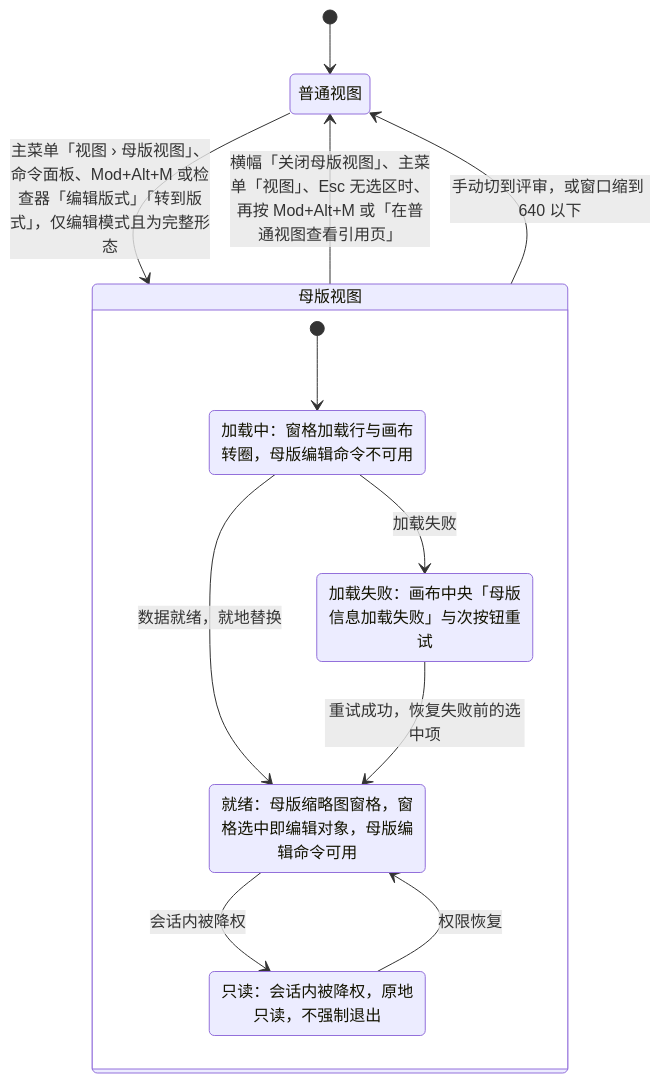
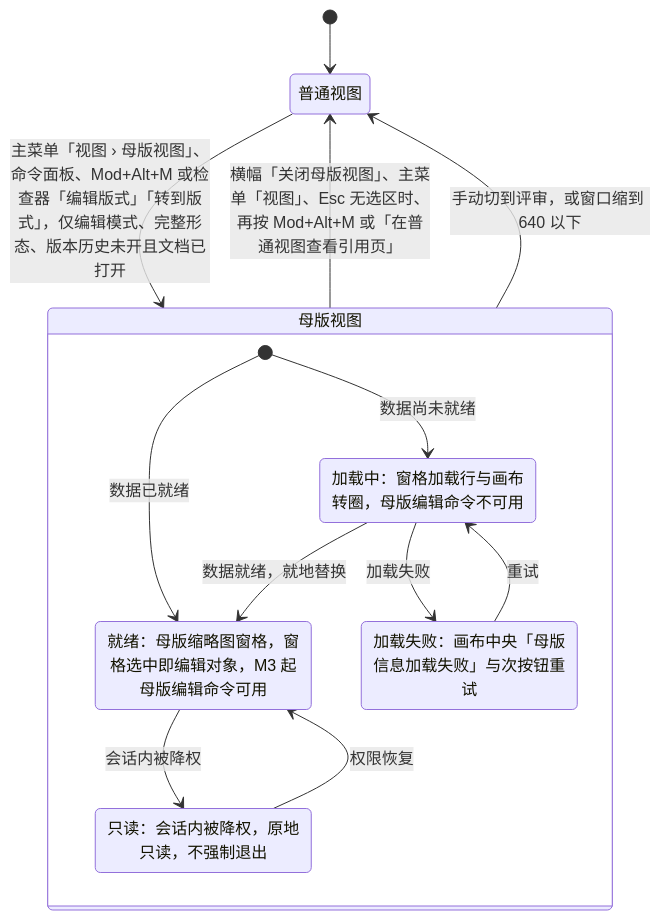
One commit to Xeonice/cordis-ppt-editor changed the second of 4 diagrams in docs/10-prd/03-features/07-masters-layouts-and-themes.md. Above: the diagram before and after it, drawn with Mermaid. The commit also changed other lines of this file and 19 other files, not shown here.

````diff
--- a/docs/10-prd/03-features/07-masters-layouts-and-themes.md
+++ b/docs/10-prd/03-features/07-masters-layouts-and-themes.md
@@ -99,20 +83,21 @@
 ```mermaid
 stateDiagram-v2
   state "普通视图" as normal
   state "母版视图" as masterview {
     state "加载中：窗格加载行与画布转圈，母版编辑命令不可用" as loading
-    state "就绪：母版缩略图窗格，窗格选中即编辑对象，母版编辑命令可用" as ready
+    state "就绪：母版缩略图窗格，窗格选中即编辑对象，M3 起母版编辑命令可用" as ready
     state "加载失败：画布中央「母版信息加载失败」与次按钮重试" as failed
     state "只读：会话内被降权，原地只读，不强制退出" as readonly
-    [*] --> loading
+    [*] --> loading: 数据尚未就绪
+    [*] --> ready: 数据已就绪
     loading --> ready: 数据就绪，就地替换
     loading --> failed: 加载失败
-    failed --> ready: 重试成功，恢复失败前的选中项
+    failed --> loading: 重试
     ready --> readonly: 会话内被降权
     readonly --> ready: 权限恢复
   }
   [*] --> normal
-  normal --> masterview: 主菜单「视图 › 母版视图」、命令面板、Mod+Alt+M 或检查器「编辑版式」「转到版式」，仅编辑模式且为完整形态
+  normal --> masterview: 主菜单「视图 › 母版视图」、命令面板、Mod+Alt+M 或检查器「编辑版式」「转到版式」，仅编辑模式、完整形态、版本历史未开且文档已打开
   masterview --> normal: 横幅「关闭母版视图」、主菜单「视图」、Esc 无选区时、再按 Mod+Alt+M 或「在普通视图查看引用页」
   masterview --> normal: 手动切到评审，或窗口缩到 640 以下
 ```
````
